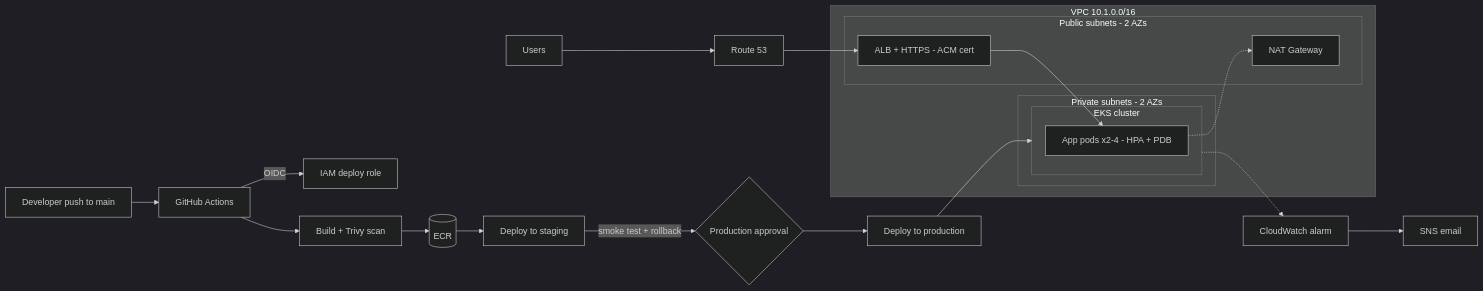
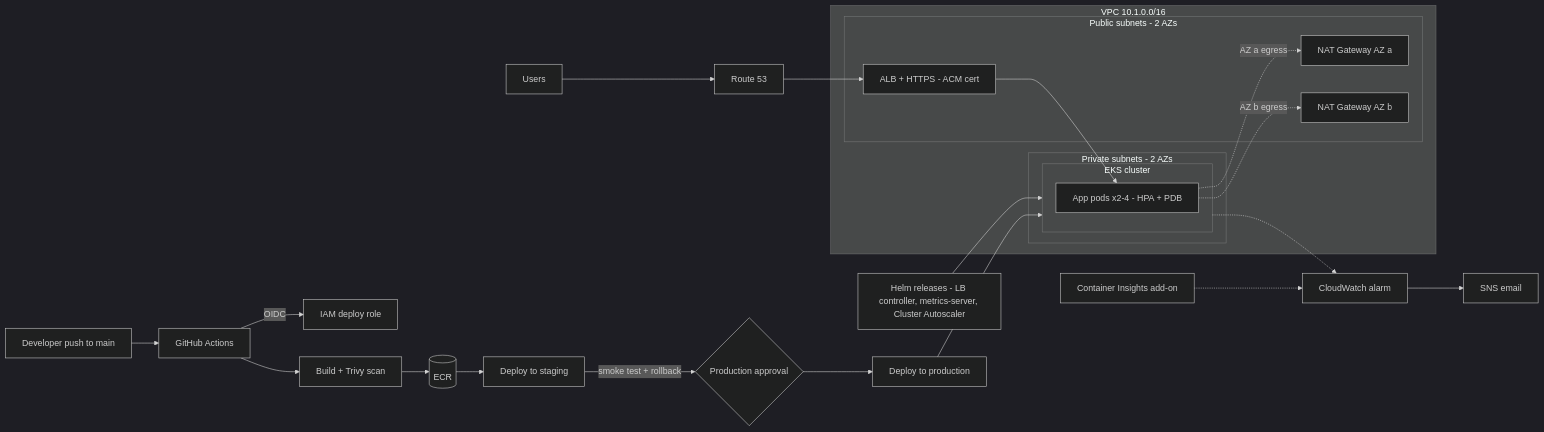
The fifth of 5 diagrams in README.md (Duna-Devo/Cloud-devops-portfolio), drawn with Mermaid (dark theme) before and after one commit.

Commit message:
Update Stage 5 diagram: NAT per AZ, Helm releases, Container Insights

````diff
--- a/README.md
+++ b/README.md
@@ -270,29 +270,33 @@
 ```mermaid
 flowchart LR
   dev[Developer push to main] --> gha[GitHub Actions]
   gha -->|OIDC| iam[IAM deploy role]
   gha --> build[Build + Trivy scan]
   build --> ecr[(ECR)]
   ecr --> stg[Deploy to staging]
   stg -->|smoke test + rollback| appr{Production approval}
   appr --> prod[Deploy to production]
 
   subgraph VPC[VPC 10.1.0.0/16]
     subgraph pub[Public subnets - 2 AZs]
       alb[ALB + HTTPS - ACM cert]
-      nat[NAT Gateway]
+      nat_a[NAT Gateway AZ a]
+      nat_b[NAT Gateway AZ b]
     end
     subgraph priv[Private subnets - 2 AZs]
       subgraph eks[EKS cluster]
         pods[App pods x2-4 - HPA + PDB]
       end
     end
   end
 
   user[Users] --> r53[Route 53] --> alb
   alb --> pods
-  pods -.-> nat
+  pods -.->|AZ a egress| nat_a
+  pods -.->|AZ b egress| nat_b
+  helm[Helm releases - LB controller, metrics-server, Cluster Autoscaler] --> eks
   prod --> eks
   cw[CloudWatch alarm] --> sns[SNS email]
   eks -.-> cw
+  ci[Container Insights add-on] -.-> cw
 ```
````
